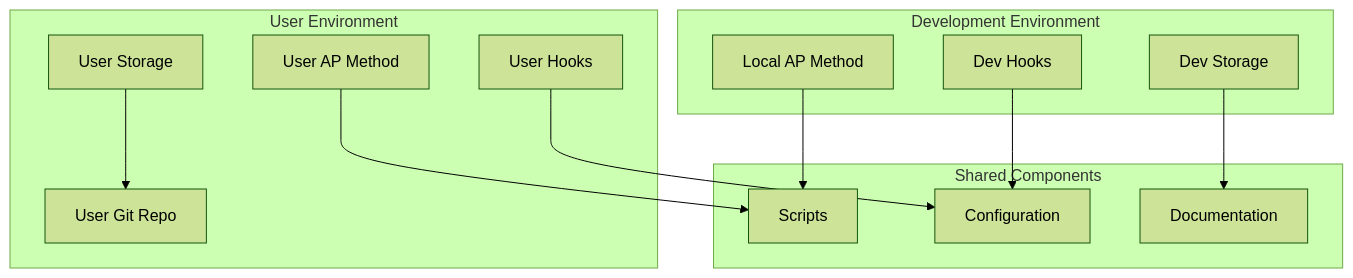
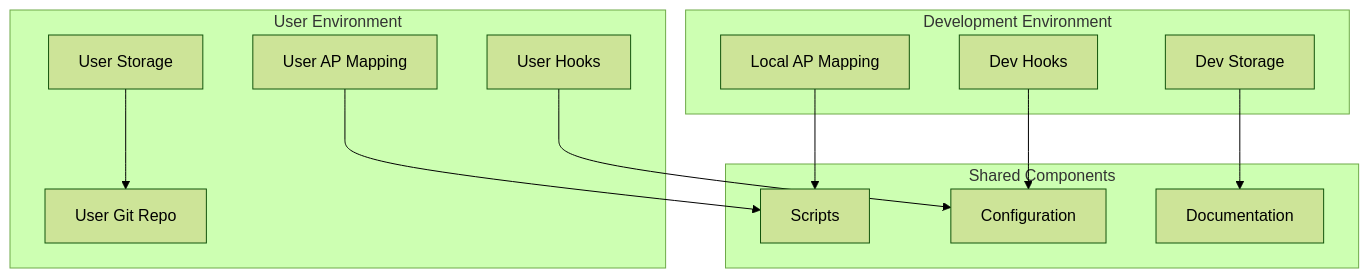
The eighth of 9 diagrams in project_documentation/base/integration-architecture-diagrams.md (omayhemo/agent-persona-method), drawn with Mermaid (forest theme) before and after one commit. The commit also changed other lines of this file and 90 other files, not shown here.

````diff
--- a/project_documentation/base/integration-architecture-diagrams.md
+++ b/project_documentation/base/integration-architecture-diagrams.md
@@ -509,30 +509,30 @@
 ```mermaid
 graph TB
     subgraph "Development Environment"
-        DEV[Local AP Method]
+        DEV[Local AP Mapping]
         DEVH[Dev Hooks]
         DEVS[Dev Storage]
     end
     
     subgraph "User Environment"
-        USR[User AP Method]
+        USR[User AP Mapping]
         USRH[User Hooks]
         USRS[User Storage]
         USRG[User Git Repo]
     end
     
     subgraph "Shared Components"
         SC[Scripts]
         CFG[Configuration]
         DOC[Documentation]
     end
     
     DEV --> SC
     USR --> SC
     
     DEVH --> CFG
     USRH --> CFG
     
     USRS --> USRG
     DEVS --> DOC
 ```
````
